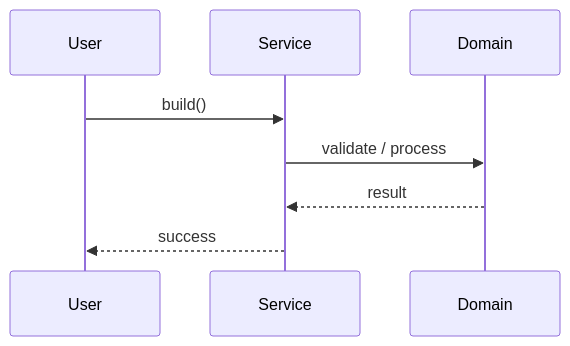
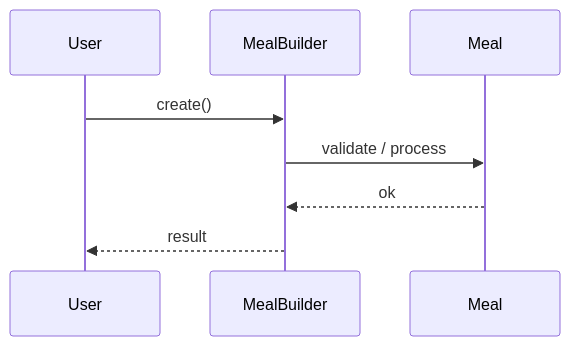
The second of 3 diagrams in Learn/System Design - Low Level Design/03-design-patterns/questions/Q04-builder-meal.md (madhupaila/Interview-Prep-SSE), drawn with Mermaid before and after one commit. The commit also changed other lines of this file and 491 other files, not shown here.

````diff
--- a/Learn/System Design - Low Level Design/03-design-patterns/questions/Q04-builder-meal.md
+++ b/Learn/System Design - Low Level Design/03-design-patterns/questions/Q04-builder-meal.md
@@ -122,10 +147,10 @@
 ```mermaid
 sequenceDiagram
-    participant U as User
-    participant S as Service
-    participant D as Domain
-    U->>S: build()
-    S->>D: validate / process
-    D-->>S: result
-    S-->>U: success
+participant U as User
+participant S as MealBuilder
+participant D as Meal
+U->>S: create()
+S->>D: validate / process
+D-->>S: ok
+S-->>U: result
 ```
````
